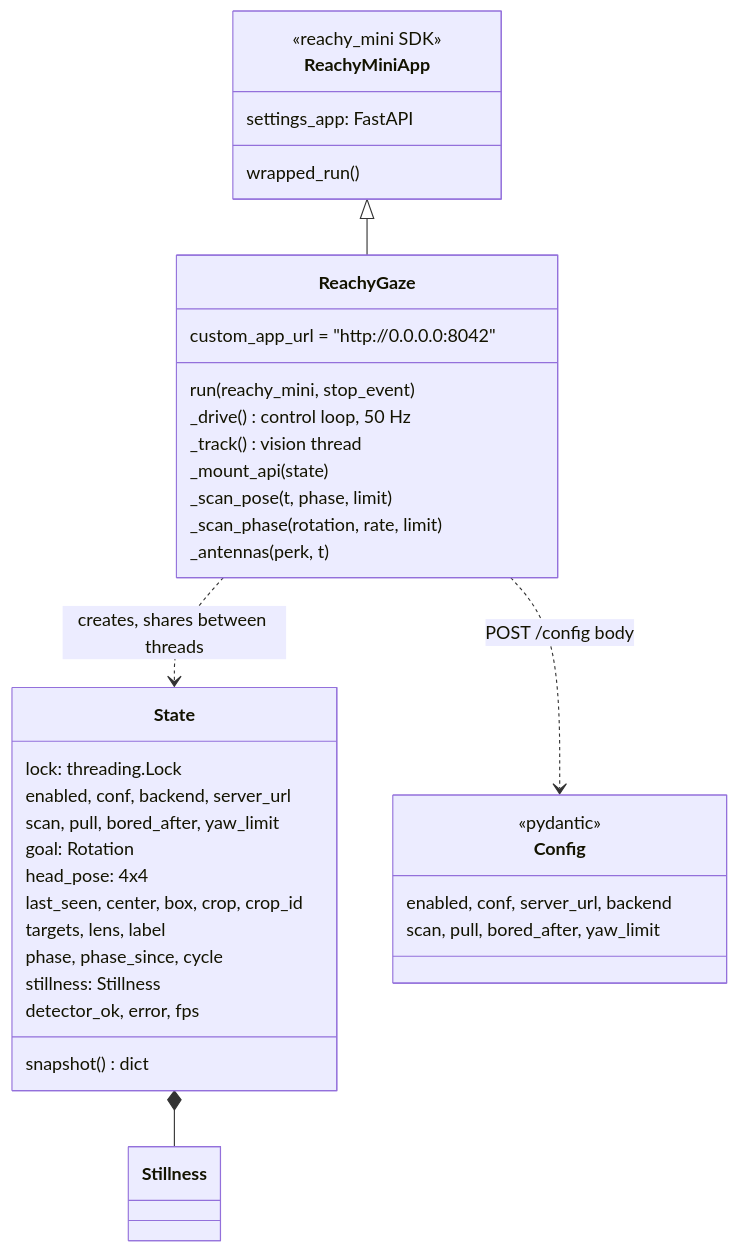
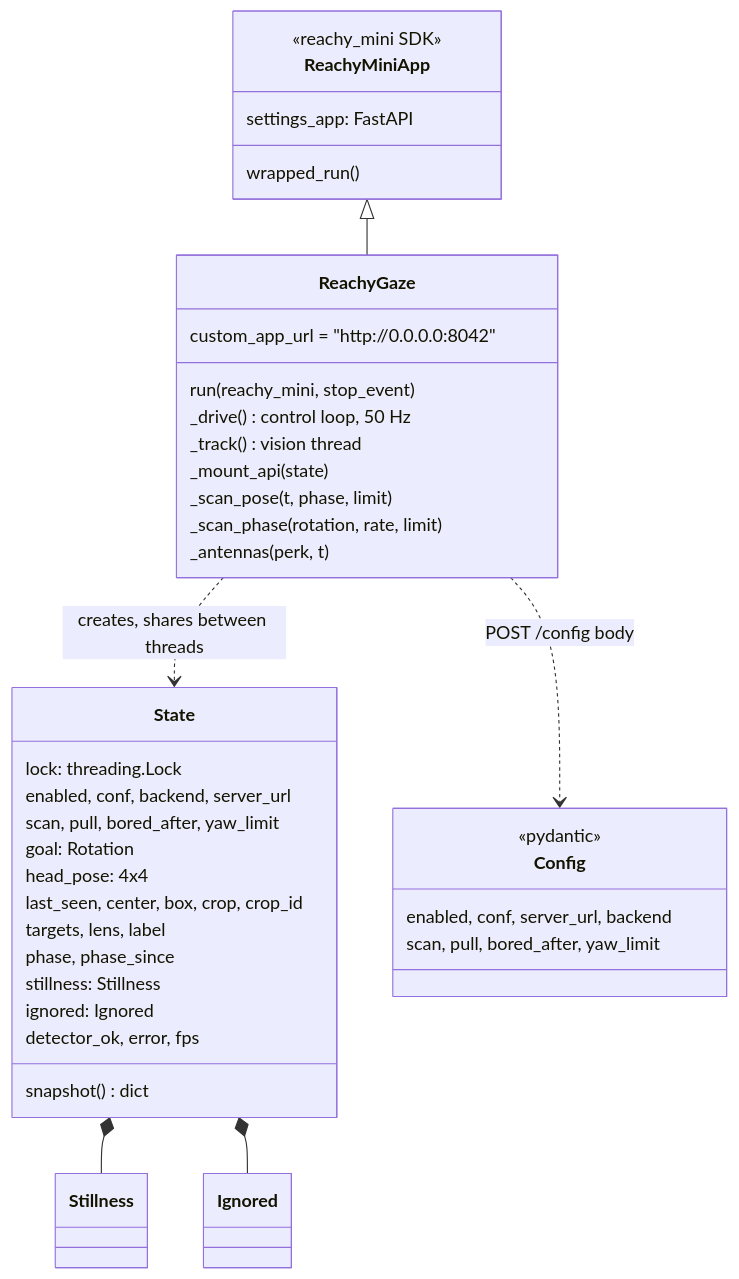
Before and after one commit to belambert/reachy-gaze: the third of 12 diagrams in arch.md, drawn with Mermaid. The commit also changed other lines of this file and 7 other files, not shown here.

````diff
--- a/arch.md
+++ b/arch.md
@@ -79,40 +79,42 @@
 ```mermaid
 classDiagram
     class ReachyMiniApp {
         <<reachy_mini SDK>>
         settings_app: FastAPI
         wrapped_run()
     }
     class ReachyGaze {
         custom_app_url = "http://0.0.0.0:8042"
         run(reachy_mini, stop_event)
         _drive()  control loop, 50 Hz
         _track()  vision thread
         _mount_api(state)
         _scan_pose(t, phase, limit)
         _scan_phase(rotation, rate, limit)
         _antennas(perk, t)
     }
     class State {
         lock: threading.Lock
         enabled, conf, backend, server_url
         scan, pull, bored_after, yaw_limit
         goal: Rotation
         head_pose: 4x4
         last_seen, center, box, crop, crop_id
         targets, lens, label
-        phase, phase_since, cycle
+        phase, phase_since
         stillness: Stillness
+        ignored: Ignored
         detector_ok, error, fps
         snapshot() dict
     }
     class Config {
         <<pydantic>>
         enabled, conf, server_url, backend
         scan, pull, bored_after, yaw_limit
     }
     ReachyMiniApp <|-- ReachyGaze
     ReachyGaze ..> State : creates, shares between threads
     ReachyGaze ..> Config : POST /config body
     State *-- Stillness
+    State *-- Ignored
 ```
````
